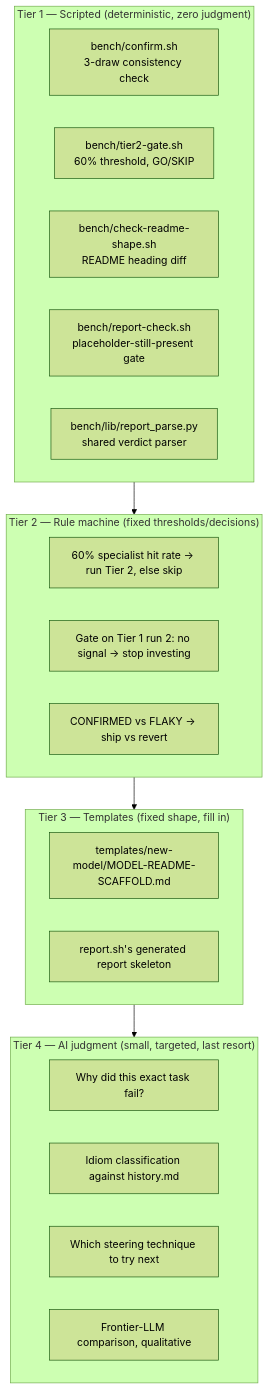
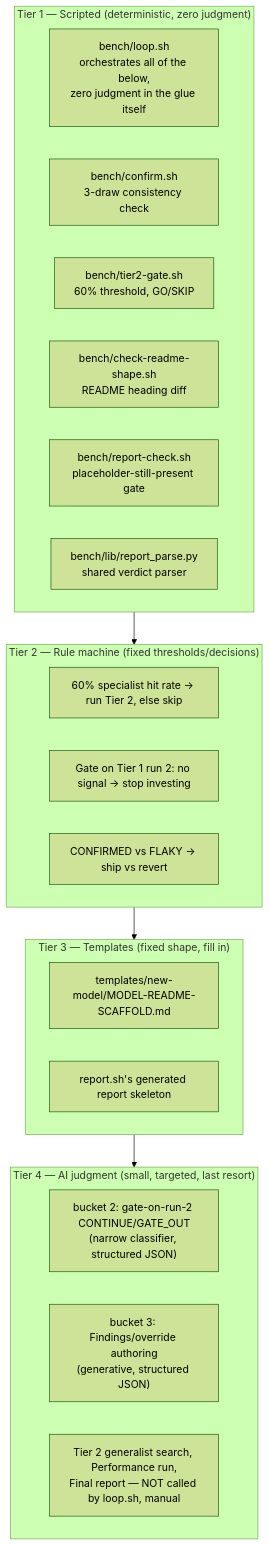
One commit to peppekerstens/testlocalai changed the first of 3 diagrams in docs/QUALITY-LOOP-WORKFLOW.md. Above: the diagram before and after it, drawn with Mermaid (forest theme). The commit also changed other lines of this file and 2 other files, not shown here.

````diff
--- a/docs/QUALITY-LOOP-WORKFLOW.md
+++ b/docs/QUALITY-LOOP-WORKFLOW.md
@@ -16,26 +24,26 @@
 ```mermaid
 flowchart TD
     subgraph T1["Tier 1 — Scripted (deterministic, zero judgment)"]
+        A0["bench/loop.sh<br/>orchestrates all of the below,<br/>zero judgment in the glue itself"]
         A1["bench/confirm.sh<br/>3-draw consistency check"]
         A2["bench/tier2-gate.sh<br/>60% threshold, GO/SKIP"]
         A3["bench/check-readme-shape.sh<br/>README heading diff"]
         A4["bench/report-check.sh<br/>placeholder-still-present gate"]
         A5["bench/lib/report_parse.py<br/>shared verdict parser"]
     end
     subgraph T2["Tier 2 — Rule machine (fixed thresholds/decisions)"]
         B1["60% specialist hit rate → run Tier 2, else skip"]
         B2["Gate on Tier 1 run 2: no signal → stop investing"]
         B3["CONFIRMED vs FLAKY → ship vs revert"]
     end
     subgraph T3["Tier 3 — Templates (fixed shape, fill in)"]
         C1["templates/new-model/MODEL-README-SCAFFOLD.md"]
         C2["report.sh's generated report skeleton"]
     end
     subgraph T4["Tier 4 — AI judgment (small, targeted, last resort)"]
-        D1["Why did this exact task fail?"]
-        D2["Idiom classification against history.md"]
-        D3["Which steering technique to try next"]
-        D4["Frontier-LLM comparison, qualitative"]
+        D1["bucket 2: gate-on-run-2 CONTINUE/GATE_OUT<br/>(narrow classifier, structured JSON)"]
+        D2["bucket 3: Findings/override authoring<br/>(generative, structured JSON)"]
+        D3["Tier 2 generalist search, Performance run,<br/>Final report — NOT called by loop.sh, manual"]
     end
     T1 --> T2 --> T3 --> T4
 ```
````
